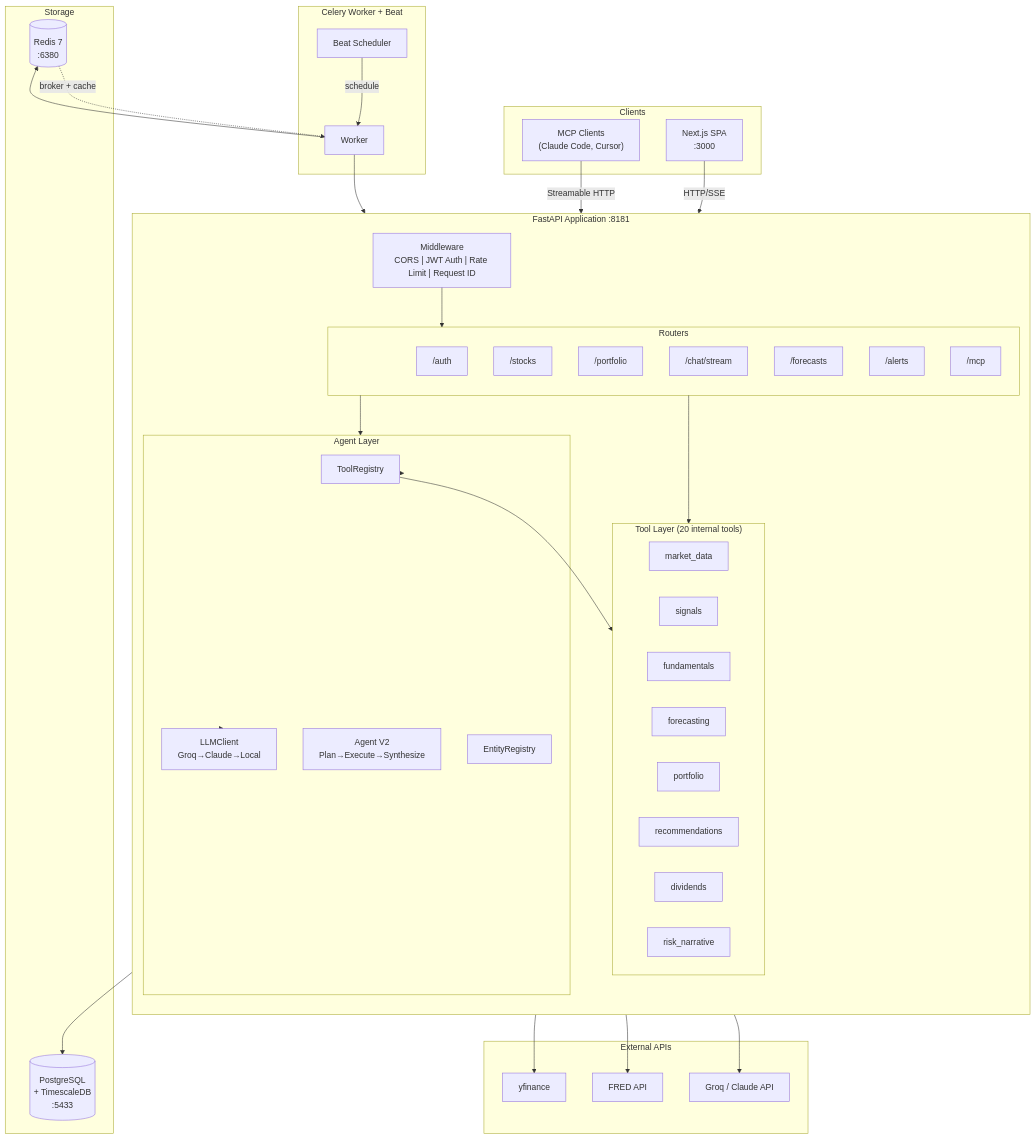
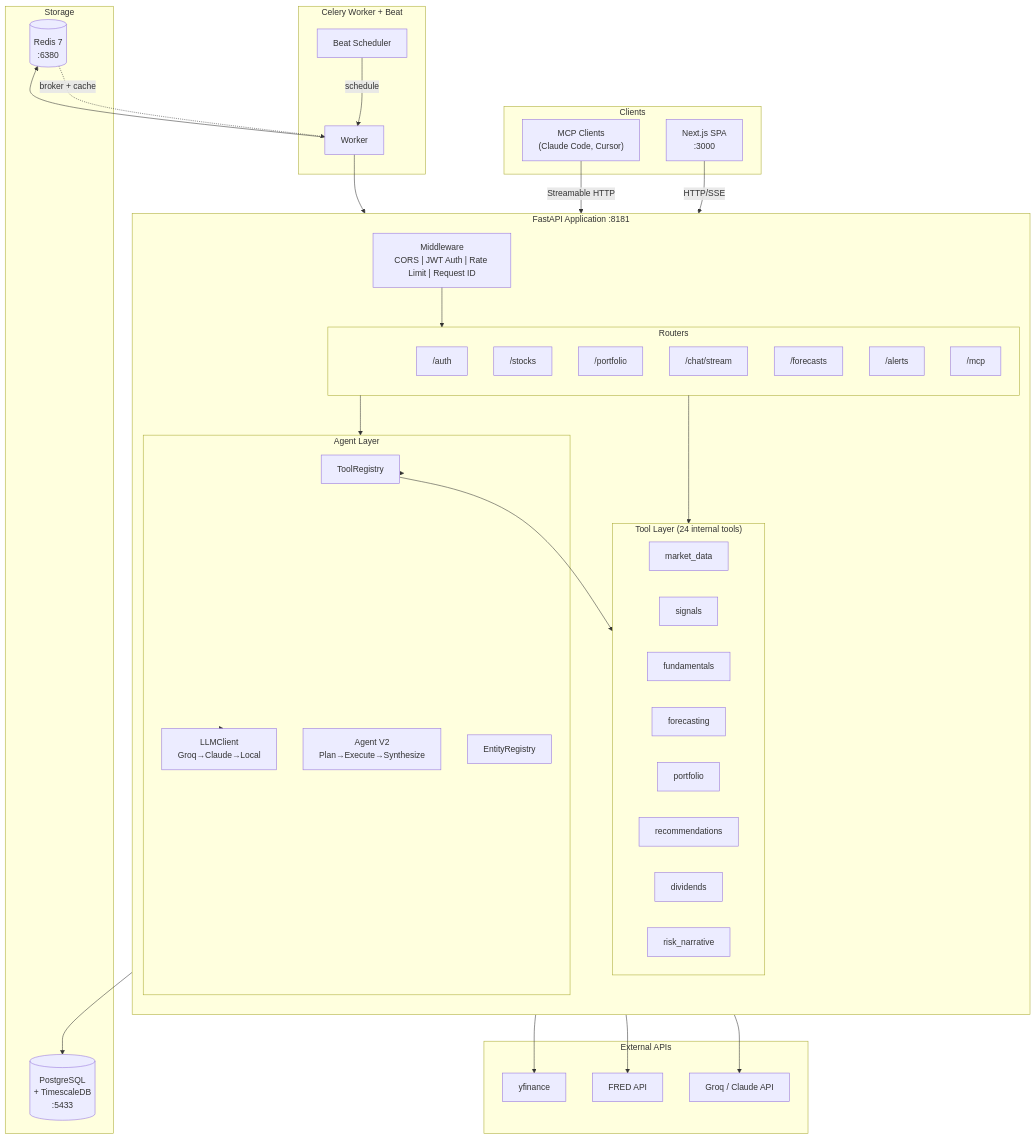
The first of 7 diagrams in docs/TDD.md (vipulbhatia29/stock-signal-platform), drawn with Mermaid before and after one commit. The commit also changed other lines of this file and 4 other files, not shown here.

````diff
--- a/docs/TDD.md
+++ b/docs/TDD.md
@@ -25,71 +25,71 @@
 ```mermaid
 graph TB
     subgraph Clients
         NextJS["Next.js SPA<br/>:3000"]
         MCP_Client["MCP Clients<br/>(Claude Code, Cursor)"]
     end
 
     subgraph FastAPI["FastAPI Application :8181"]
         direction TB
         MW["Middleware<br/>CORS | JWT Auth | Rate Limit | Request ID"]
 
         subgraph Routers
             R_Auth["/auth"]
             R_Stocks["/stocks"]
             R_Portfolio["/portfolio"]
             R_Chat["/chat/stream"]
             R_Forecast["/forecasts"]
             R_Alerts["/alerts"]
             R_MCP["/mcp"]
         end
 
-        subgraph Tools["Tool Layer (20 internal tools)"]
+        subgraph Tools["Tool Layer (24 internal tools)"]
             T_Market["market_data"]
             T_Signals["signals"]
             T_Fund["fundamentals"]
             T_Forecast["forecasting"]
             T_Portfolio["portfolio"]
             T_Recs["recommendations"]
             T_Divs["dividends"]
             T_Risk["risk_narrative"]
         end
 
         subgraph Agents["Agent Layer"]
             TR["ToolRegistry"]
             AG_V2["Agent V2<br/>Plan→Execute→Synthesize"]
             ER["EntityRegistry"]
             LLM["LLMClient<br/>Groq→Claude→Local"]
         end
     end
 
     subgraph Storage
         PG[("PostgreSQL<br/>+ TimescaleDB<br/>:5433")]
         Redis[("Redis 7<br/>:6380")]
     end
 
     subgraph Background["Celery Worker + Beat"]
         CW["Worker"]
         CB["Beat Scheduler"]
     end
 
     subgraph External["External APIs"]
         YF["yfinance"]
         FRED["FRED API"]
         Groq["Groq / Claude API"]
     end
 
     NextJS -->|HTTP/SSE| MW
     MCP_Client -->|Streamable HTTP| R_MCP
     MW --> Routers
     Routers --> Tools
     Routers --> Agents
     Agents --> TR --> Tools
     Agents --> LLM --> Groq
     Tools --> PG
     Tools --> YF
     Tools --> FRED
     CB -->|schedule| CW
     CW --> Tools
     CW --> Redis
     Redis -.->|broker + cache| CW
 ```
````
